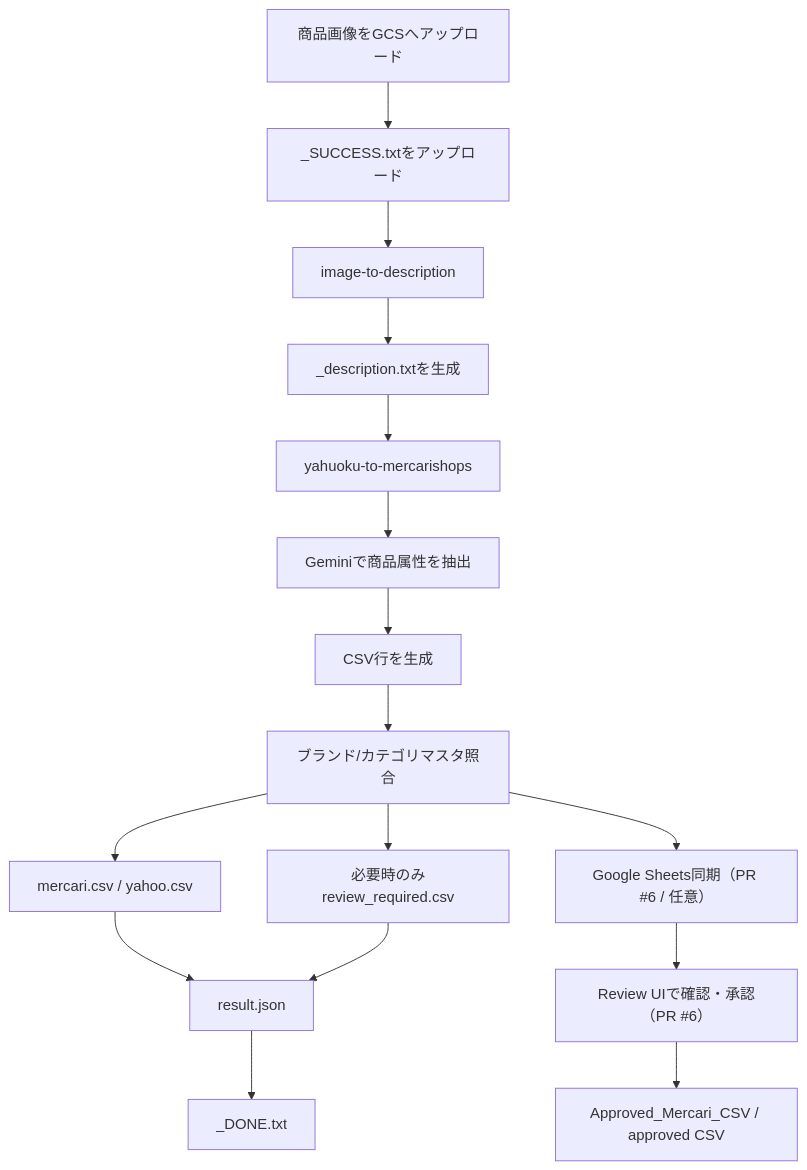
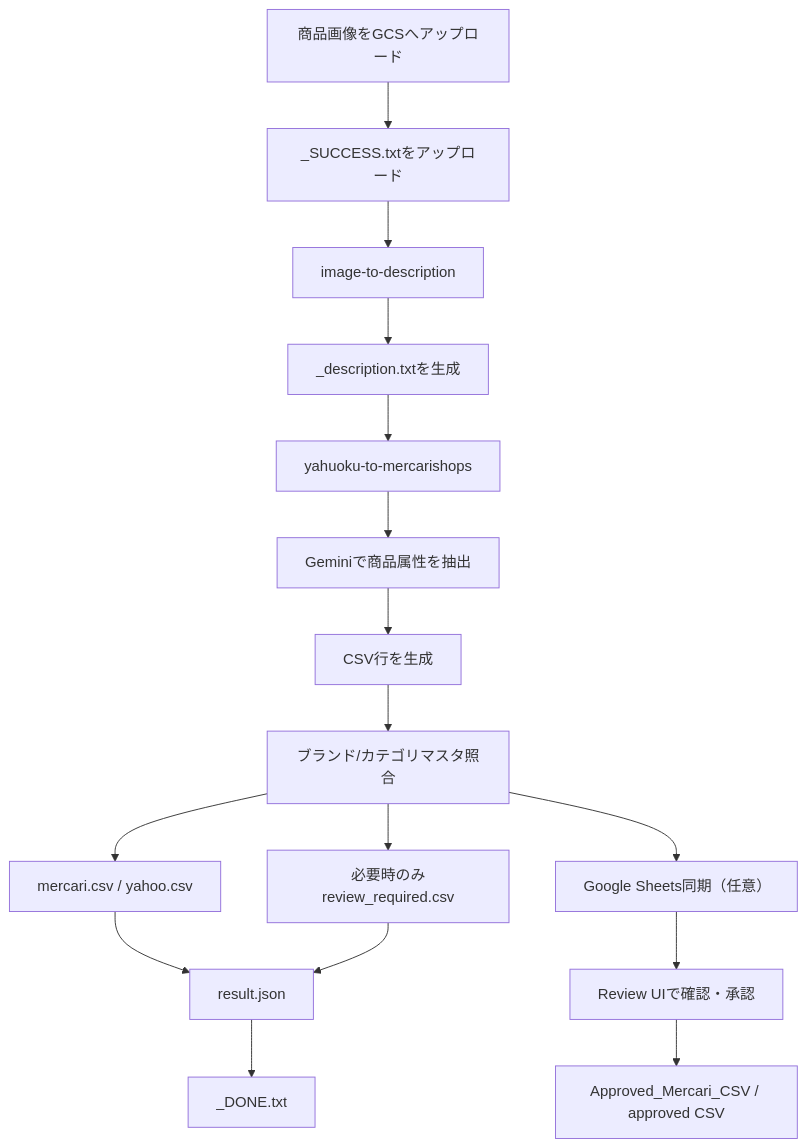
Before and after one commit to HIRABAweb/mercari-shops-auto-description: the diagram in README.md, drawn with Mermaid. The commit also changed other lines of this file and 4 other files, not shown here.

````diff
--- a/README.md
+++ b/README.md
@@ -88,18 +88,18 @@
 ```mermaid
 flowchart TD
     A[商品画像をGCSへアップロード] --> B[_SUCCESS.txtをアップロード]
     B --> C[image-to-description]
     C --> D[_description.txtを生成]
     D --> E[yahuoku-to-mercarishops]
     E --> F[Geminiで商品属性を抽出]
     F --> G[CSV行を生成]
     G --> H[ブランド/カテゴリマスタ照合]
     H --> I[mercari.csv / yahoo.csv]
     H --> J[必要時のみreview_required.csv]
     I --> K[result.json]
     J --> K
     K --> L[_DONE.txt]
-    H --> M[Google Sheets同期（PR #6 / 任意）]
-    M --> N[Review UIで確認・承認（PR #6）]
+    H --> M[Google Sheets同期（任意）]
+    M --> N[Review UIで確認・承認]
     N --> O[Approved_Mercari_CSV / approved CSV]
 ```
````
